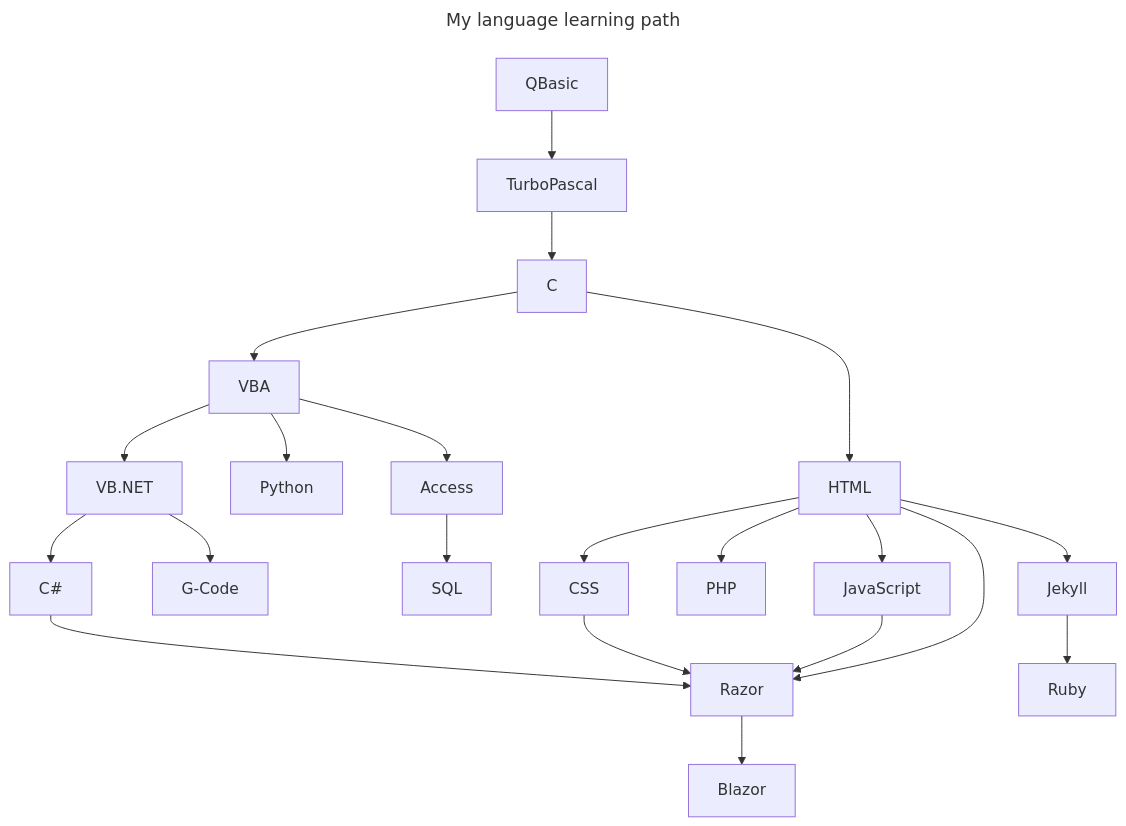
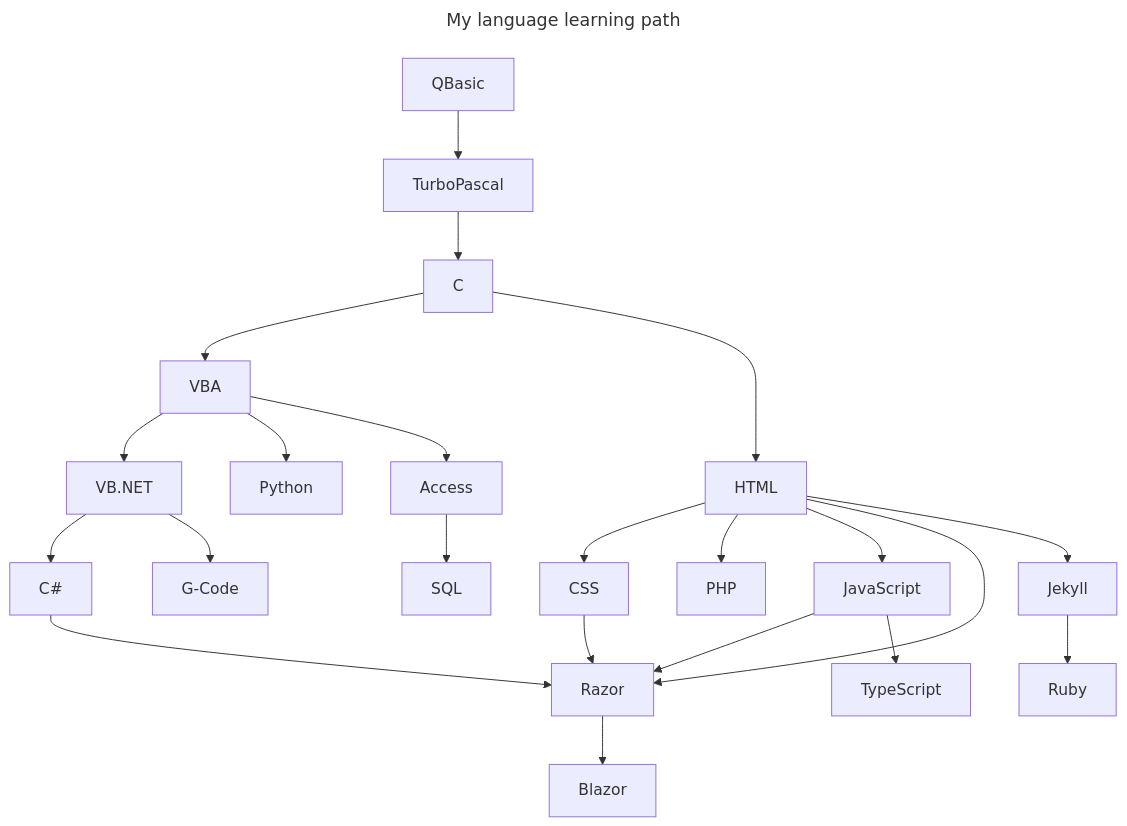
One commit to A9G-Data-Droid/A9G-Data-Droid.github.io changed the diagram in README.md. Above: the diagram before and after it, drawn with Mermaid.

Commit message:
Add TypeScript

````diff
--- a/README.md
+++ b/README.md
@@ -24,26 +24,27 @@
 ```mermaid
 ---
 title: My language learning path
 ---
 graph TD;
     QBasic --> TurboPascal
     TurboPascal --> C
     C --> VBA
     VBA --> VB.NET
     VBA --> Python
     VBA --> Access
     Access --> SQL
     VB.NET --> C#
     VB.NET --> G-Code
     C --> HTML
     HTML --> CSS
     HTML --> PHP
     HTML --> JavaScript
     HTML --> Razor
     CSS --> Razor
     C# --> Razor
     Razor --> Blazor
     JavaScript --> Razor
+    JavaScript --> TypeScript
     HTML --> Jekyll
     Jekyll --> Ruby
 ```
````
